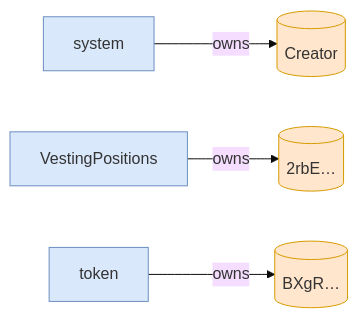
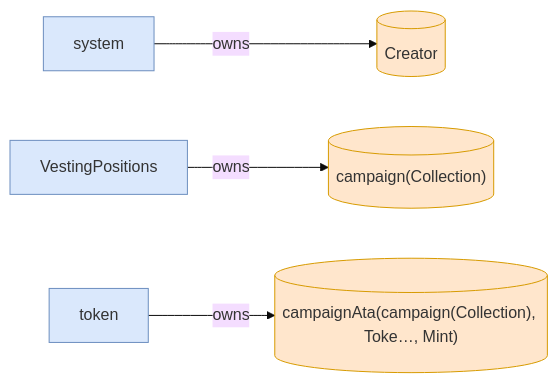
The sixth of 6 diagrams in babelfish-tests/test-report/close_campaign_fails_when_vault_not_empty.md (cds-turbin3/vesting-position), drawn with Mermaid (base theme) before and after one commit. The commit also changed other lines of this file and 51 other files, not shown here.

````diff
--- a/babelfish-tests/test-report/close_campaign_fails_when_vault_not_empty.md
+++ b/babelfish-tests/test-report/close_campaign_fails_when_vault_not_empty.md
@@ -227,15 +201,15 @@
 ```mermaid
 flowchart LR
     system["system"]:::program
     Creator[("Creator")]:::state
     VestingPositions["VestingPositions"]:::program
-    2rbE[("2rbE…")]:::state
+    campaignCollection[("campaign(Collection)")]:::state
     token["token"]:::program
-    BXgR[("BXgR…")]:::state
+    campaignAtacampaignCollectionTokeMint[("campaignAta(campaign(Collection), Toke…, Mint)")]:::state
     system -->|owns| Creator
-    VestingPositions -->|owns| 2rbE
-    token -->|owns| BXgR
+    VestingPositions -->|owns| campaignCollection
+    token -->|owns| campaignAtacampaignCollectionTokeMint
     classDef program fill:#dae8fc,stroke:#6c8ebf;
     classDef signer fill:#d5e8d4,stroke:#82b366;
     classDef state fill:#ffe6cc,stroke:#d79b00;
 ```
````
